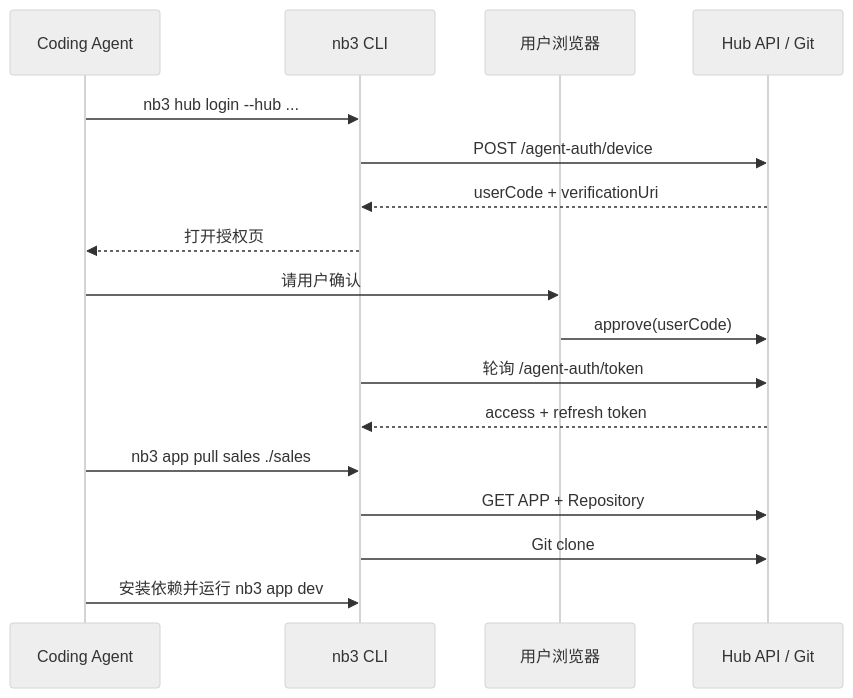
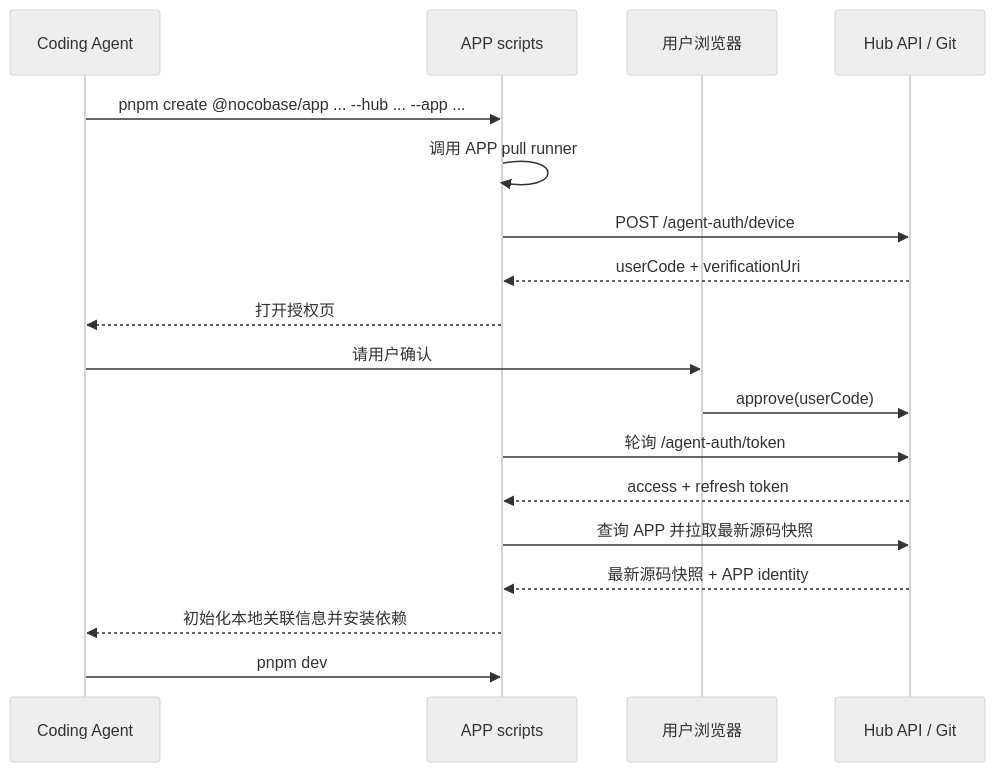
The fourth of 6 diagrams in docs/design/hub-application-management-api.md (nocobase/nocobase3), drawn with Mermaid (neutral theme) before and after one commit. The commit also changed other lines of this file and 67 other files, not shown here.

Commit message:
feat(cli): add app-local Hub workflows

````diff
--- a/docs/design/hub-application-management-api.md
+++ b/docs/design/hub-application-management-api.md
@@ -2149,20 +2167,21 @@
 ```mermaid
 sequenceDiagram
   participant Agent as Coding Agent
-  participant CLI as nb3 CLI
+  participant Scripts as APP scripts
   participant Browser as 用户浏览器
   participant Hub as Hub API / Git
 
-  Agent->>CLI: nb3 hub login --hub ...
-  CLI->>Hub: POST /agent-auth/device
-  Hub-->>CLI: userCode + verificationUri
-  CLI-->>Agent: 打开授权页
+  Agent->>Scripts: pnpm create @nocobase/app ... --hub ... --app ...
+  Scripts->>Scripts: 调用 APP pull runner
+  Scripts->>Hub: POST /agent-auth/device
+  Hub-->>Scripts: userCode + verificationUri
+  Scripts-->>Agent: 打开授权页
   Agent->>Browser: 请用户确认
   Browser->>Hub: approve(userCode)
-  CLI->>Hub: 轮询 /agent-auth/token
-  Hub-->>CLI: access + refresh token
-  Agent->>CLI: nb3 app pull sales ./sales
-  CLI->>Hub: GET APP + Repository
-  CLI->>Hub: Git clone
-  Agent->>CLI: 安装依赖并运行 nb3 app dev
+  Scripts->>Hub: 轮询 /agent-auth/token
+  Hub-->>Scripts: access + refresh token
+  Scripts->>Hub: 查询 APP 并拉取最新源码快照
+  Hub-->>Scripts: 最新源码快照 + APP identity
+  Scripts-->>Agent: 初始化本地关联信息并安装依赖
+  Agent->>Scripts: pnpm dev
 ```
````
